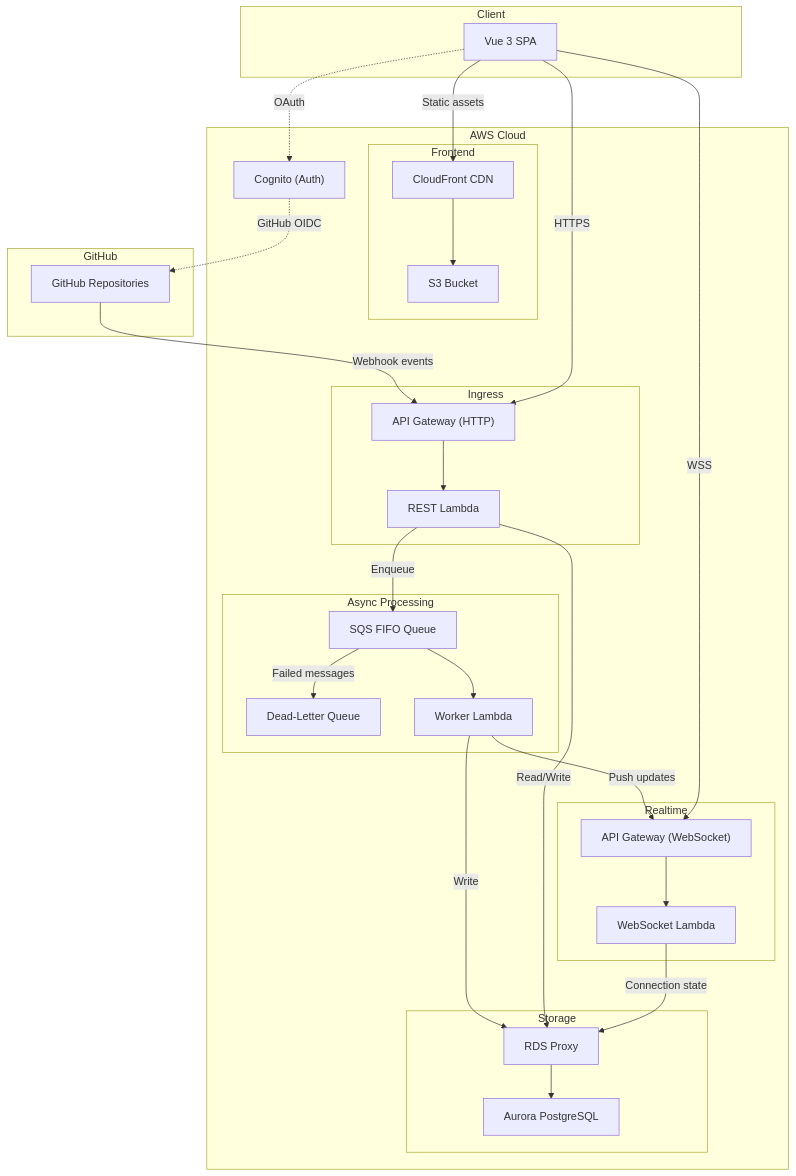
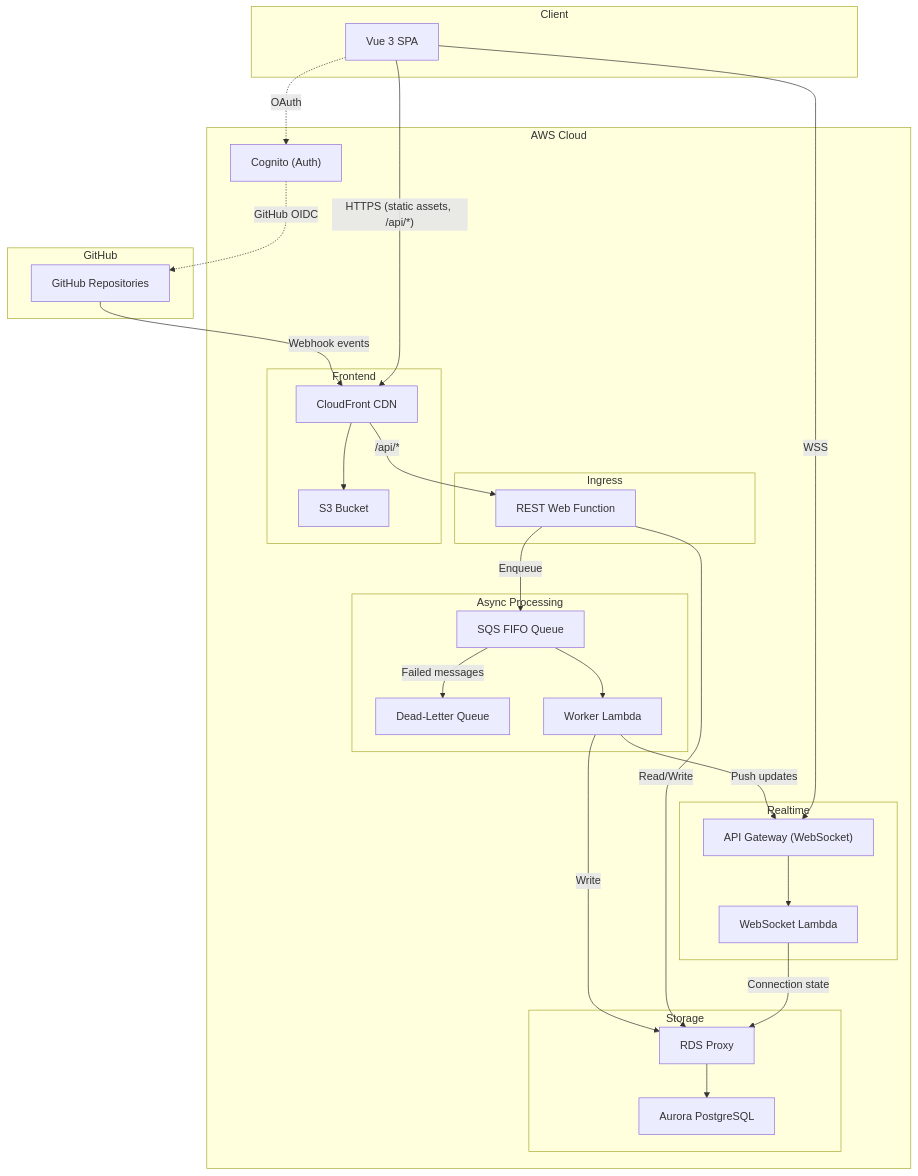
The diagram in apps/docs/docs/technical/architecture-overview.md (Mi3-14159/GitGazer), drawn with Mermaid before and after one commit. The commit also changed other lines of this file and 1 other file, not shown here.

Commit message:
docs: describe the api web function instead of the http api

````diff
--- a/apps/docs/docs/technical/architecture-overview.md
+++ b/apps/docs/docs/technical/architecture-overview.md
@@ -13,58 +13,56 @@
 ```mermaid
 graph TB
     subgraph GitHub
         GH[GitHub Repositories]
     end
 
     subgraph AWS["AWS Cloud"]
         subgraph Ingress
-            APIGW["API Gateway (HTTP)"]
-            REST["REST Lambda"]
+            REST["REST Web Function"]
         end
 
         subgraph Async["Async Processing"]
             SQS["SQS FIFO Queue"]
             DLQ["Dead-Letter Queue"]
             WORKER["Worker Lambda"]
         end
 
         subgraph Realtime
             WSGW["API Gateway (WebSocket)"]
             WSLAMBDA["WebSocket Lambda"]
         end
 
         subgraph Storage
             RDS["Aurora PostgreSQL"]
             PROXY["RDS Proxy"]
         end
 
         subgraph Frontend
             CF["CloudFront CDN"]
             S3["S3 Bucket"]
         end
 
         COGNITO["Cognito (Auth)"]
     end
 
     subgraph Client
         SPA["Vue 3 SPA"]
     end
 
-    GH -- "Webhook events" --> APIGW
-    APIGW --> REST
+    GH -- "Webhook events" --> CF
+    CF -- "/api/*" --> REST
     REST -- "Enqueue" --> SQS
     SQS --> WORKER
     SQS -- "Failed messages" --> DLQ
     WORKER -- "Write" --> PROXY
     PROXY --> RDS
     WORKER -- "Push updates" --> WSGW
     REST -- "Read/Write" --> PROXY
     CF --> S3
-    SPA -- "HTTPS" --> APIGW
     SPA -- "WSS" --> WSGW
-    SPA -- "Static assets" --> CF
+    SPA -- "HTTPS (static assets, /api/*)" --> CF
     WSGW --> WSLAMBDA
     WSLAMBDA -- "Connection state" --> PROXY
     SPA -. "OAuth" .-> COGNITO
     COGNITO -. "GitHub OIDC" .-> GH
 ```
````
